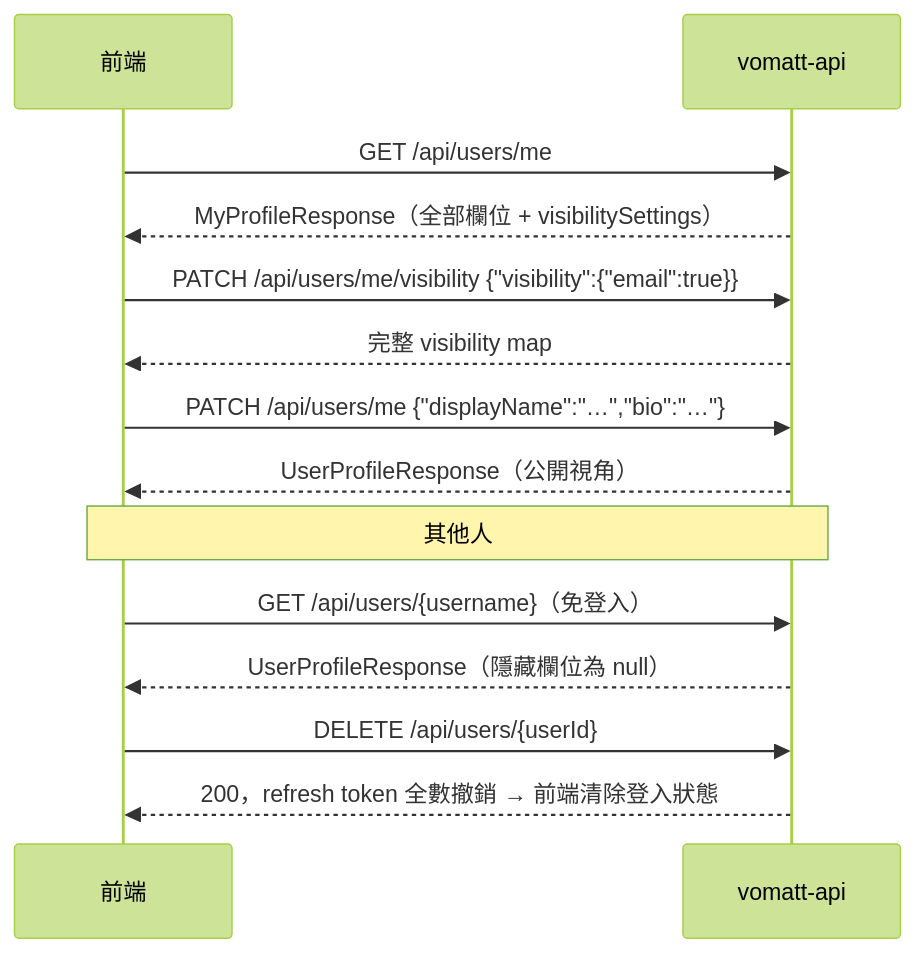
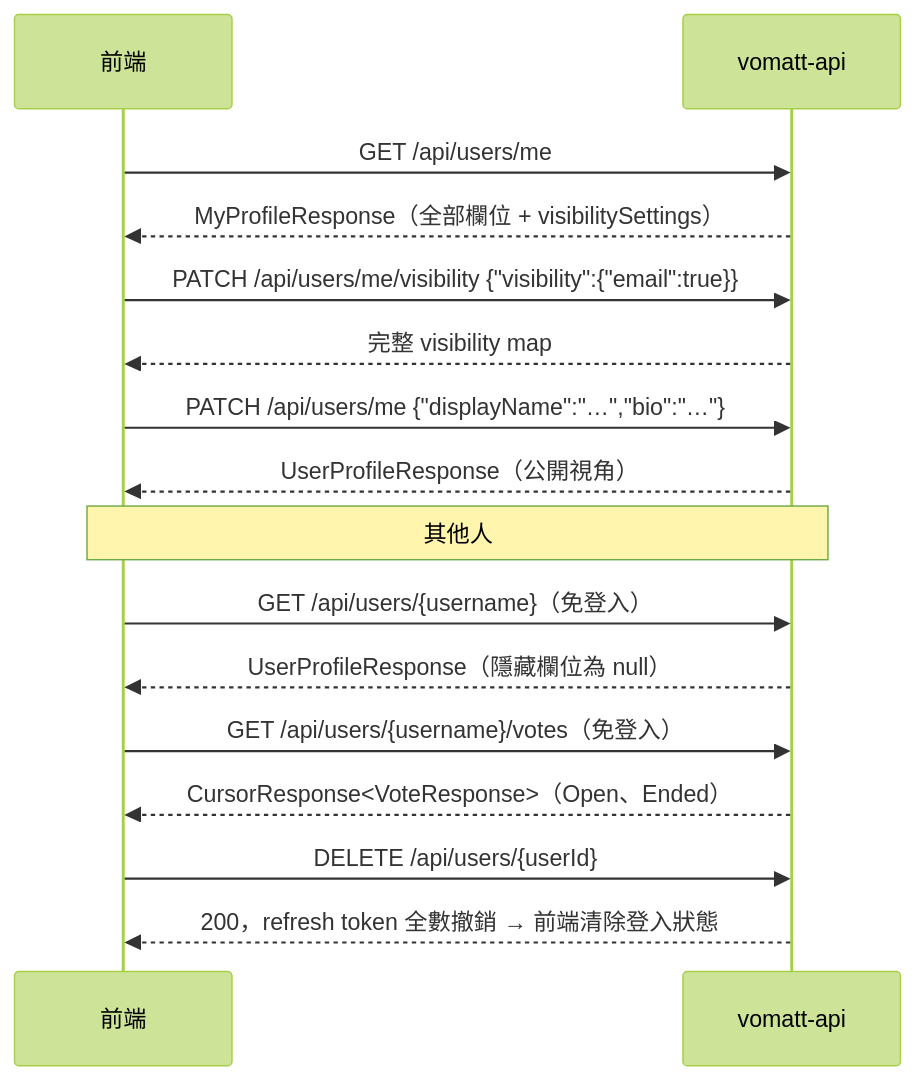
The diagram in docs/frontend/flows/profile.md (vomatt/vomatt-api), drawn with Mermaid (forest theme) before and after one commit. The commit also changed other lines of this file and 9 other files, not shown here.

First line of the commit message:
docs(api): 依 main 合併後的行為更新前端文件與 OpenAPI 說明

````diff
--- a/docs/frontend/flows/profile.md
+++ b/docs/frontend/flows/profile.md
@@ -7,16 +7,18 @@
 ```mermaid
 sequenceDiagram
     participant FE as 前端
     participant API as vomatt-api
     FE->>API: GET /api/users/me
     API-->>FE: MyProfileResponse（全部欄位 + visibilitySettings）
     FE->>API: PATCH /api/users/me/visibility {"visibility":{"email":true}}
     API-->>FE: 完整 visibility map
     FE->>API: PATCH /api/users/me {"displayName":"…","bio":"…"}
     API-->>FE: UserProfileResponse（公開視角）
     Note over FE,API: 其他人
     FE->>API: GET /api/users/{username}（免登入）
     API-->>FE: UserProfileResponse（隱藏欄位為 null）
+    FE->>API: GET /api/users/{username}/votes（免登入）
+    API-->>FE: CursorResponse<VoteResponse>（Open、Ended）
     FE->>API: DELETE /api/users/{userId}
     API-->>FE: 200，refresh token 全數撤銷 → 前端清除登入狀態
 ```
````
